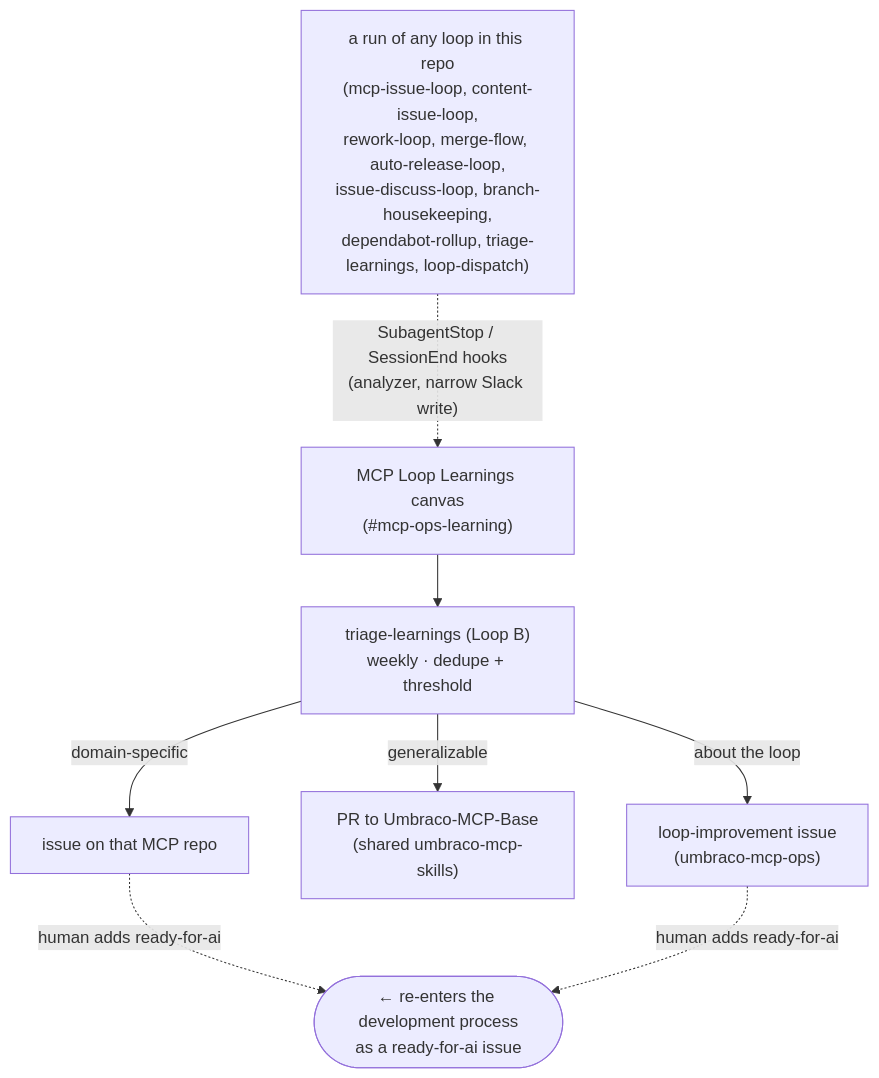
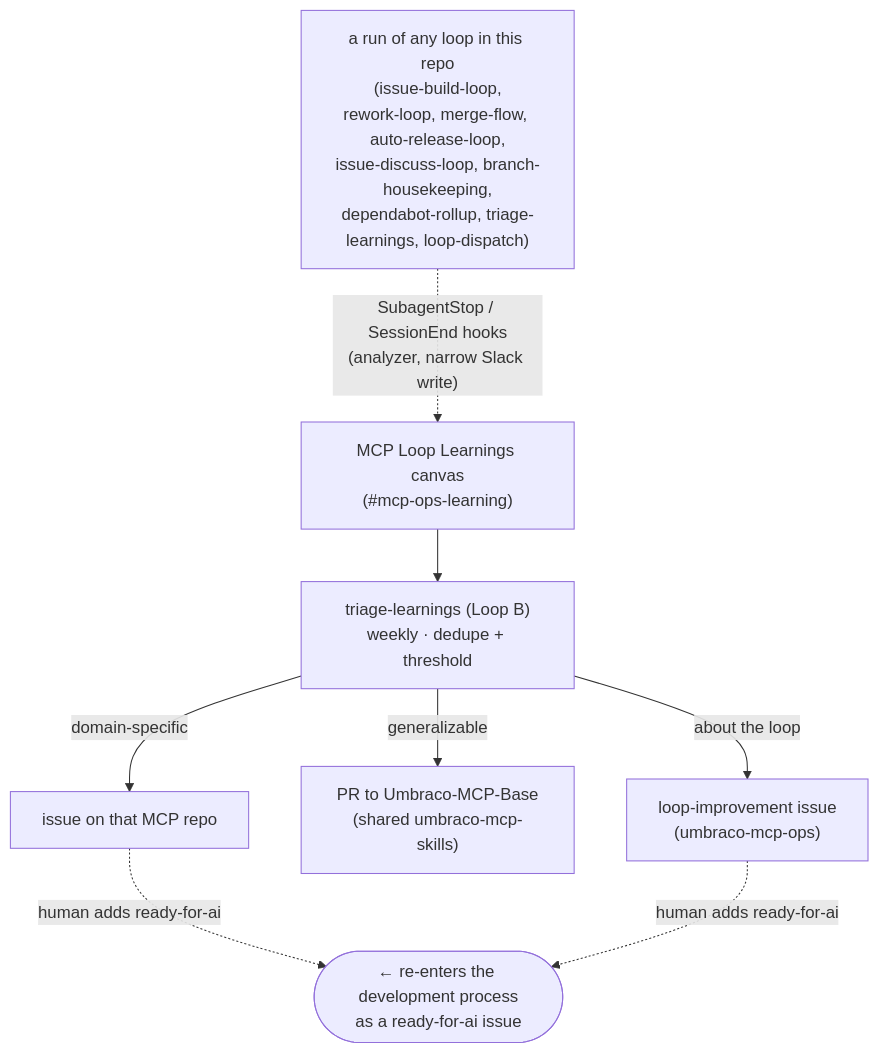
The second of 3 diagrams in docs/self-learning-system.md (hifi-phil/umbraco-mcp-ops), drawn with Mermaid before and after one commit. The commit also changed other lines of this file and 19 other files, not shown here.

First line of the commit message:
refactor(mcp-issue-loop): merge content-issue-loop into issue-build-loop (#85)

````diff
--- a/docs/self-learning-system.md
+++ b/docs/self-learning-system.md
@@ -44,10 +44,10 @@
 ```mermaid
 flowchart TD
-    LOOP["a run of any loop in this repo<br/>(mcp-issue-loop, content-issue-loop,<br/>rework-loop, merge-flow, auto-release-loop,<br/>issue-discuss-loop, branch-housekeeping,<br/>dependabot-rollup, triage-learnings, loop-dispatch)"] -. "SubagentStop / SessionEnd hooks<br/>(analyzer, narrow Slack write)" .-> CANVAS["MCP Loop Learnings canvas<br/>(#mcp-ops-learning)"]
+    LOOP["a run of any loop in this repo<br/>(issue-build-loop,<br/>rework-loop, merge-flow, auto-release-loop,<br/>issue-discuss-loop, branch-housekeeping,<br/>dependabot-rollup, triage-learnings, loop-dispatch)"] -. "SubagentStop / SessionEnd hooks<br/>(analyzer, narrow Slack write)" .-> CANVAS["MCP Loop Learnings canvas<br/>(#mcp-ops-learning)"]
     CANVAS --> TRIAGE["triage-learnings (Loop B)<br/>weekly · dedupe + threshold"]
     TRIAGE -->|domain-specific| MREPO["issue on that MCP repo"]
     TRIAGE -->|generalizable| SHARED["PR to Umbraco-MCP-Base<br/>(shared umbraco-mcp-skills)"]
     TRIAGE -->|about the loop| LOOPIMP["loop-improvement issue<br/>(umbraco-mcp-ops)"]
     MREPO -. "human adds ready-for-ai" .-> BACK(["← re-enters the development process<br/>as a ready-for-ai issue"])
     LOOPIMP -. "human adds ready-for-ai" .-> BACK
 ```
````
